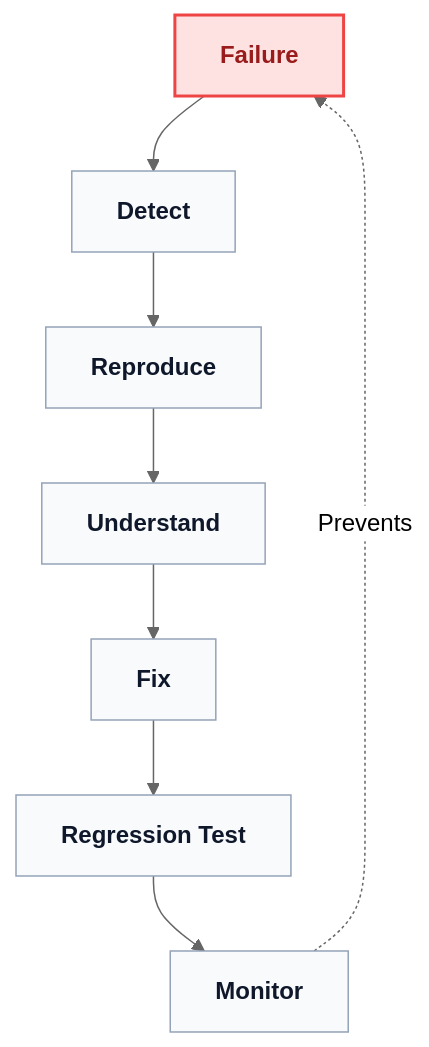
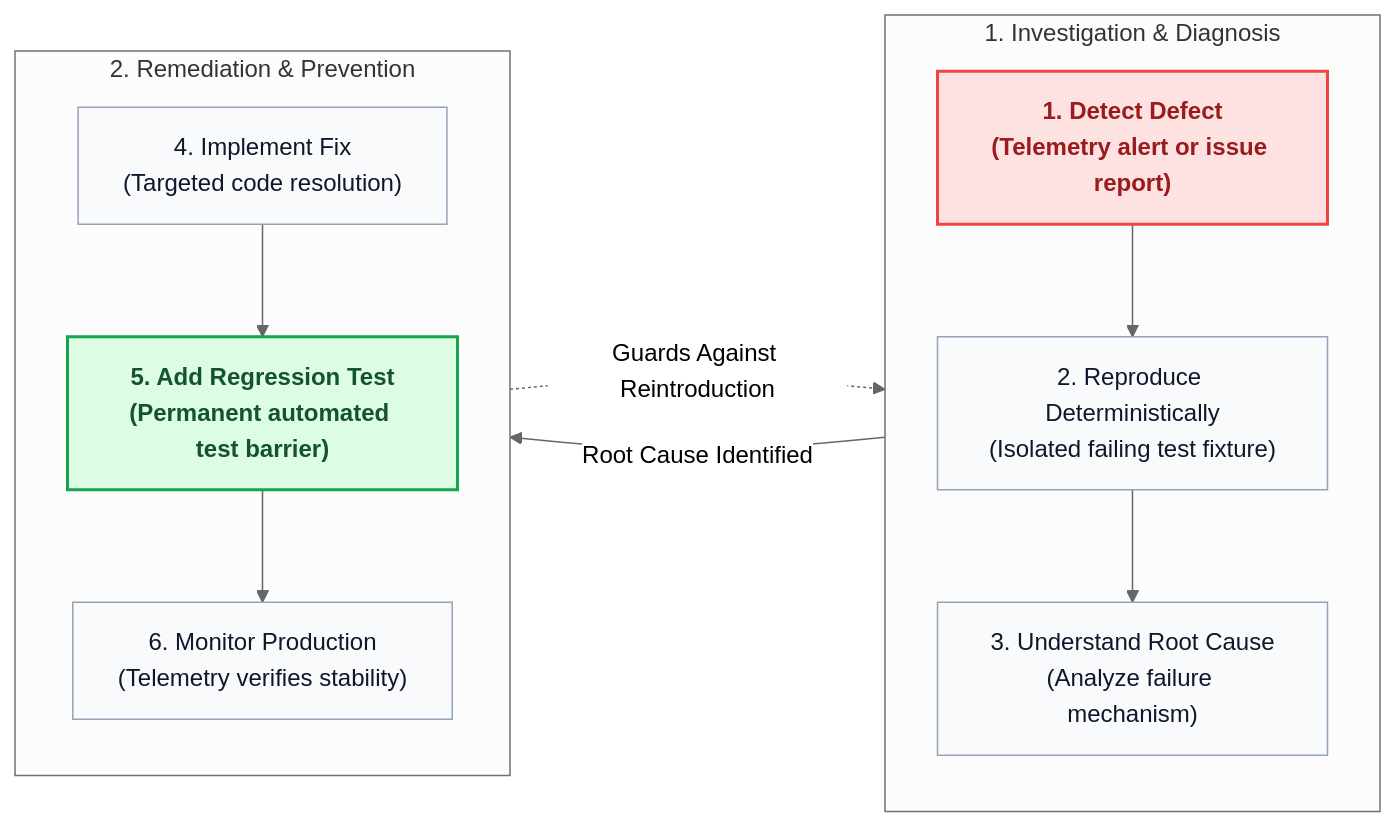
One commit to davidalbertstark-lab/Lenar changed the fourth of 5 diagrams in docs/architecture/12-Testing-Quality.md. Above: the diagram before and after it, drawn with Mermaid (neutral theme). The commit also changed other lines of this file and 28 other files, not shown here.

Commit message:
docs: system-wide diagram redesign for first-instance comprehension

````diff
--- a/docs/architecture/12-Testing-Quality.md
+++ b/docs/architecture/12-Testing-Quality.md
@@ -194,25 +214,25 @@
 ```mermaid
-flowchart TD
-    classDef state fill:#fee2e2,stroke:#ef4444,stroke-width:2px,color:#991b1b,font-weight:bold
-    classDef step fill:#f8fafc,stroke:#94a3b8,stroke-width:1px,color:#0f172a,font-weight:bold
-    classDef loop fill:#eff6ff,stroke:#3b82f6,stroke-width:1px,color:#1e40af,font-style:italic
+flowchart LR
+    classDef default fill:#f8fafc,stroke:#94a3b8,stroke-width:1px,color:#0f172a
+    classDef failure fill:#fee2e2,stroke:#ef4444,stroke-width:2px,color:#991b1b,font-weight:bold
+    classDef guard fill:#dcfce3,stroke:#16a34a,stroke-width:2px,color:#14532d,font-weight:bold
 
-    F[Failure]
-    D[Detect]
-    R[Reproduce]
-    U[Understand]
-    Fix[Fix]
-    RT[Regression Test]
-    M[Monitor]
-    
-    F --> D
-    D --> R
-    R --> U
-    U --> Fix
-    Fix --> RT
-    RT --> M
-    M -.->|Prevents| F
-    
-    class F state;
-    class D,R,U,Fix,RT,M step;
+    subgraph Triage ["1. Investigation & Diagnosis"]
+        direction TB
+        D["1. Detect Defect<br/>(Telemetry alert or issue report)"]:::failure
+        R["2. Reproduce Deterministically<br/>(Isolated failing test fixture)"]
+        U["3. Understand Root Cause<br/>(Analyze failure mechanism)"]
+        D --> R --> U
+    end
+
+    subgraph Resolution ["2. Remediation & Prevention"]
+        direction TB
+        Fix["4. Implement Fix<br/>(Targeted code resolution)"]
+        RT["5. Add Regression Test<br/>(Permanent automated test barrier)"]:::guard
+        M["6. Monitor Production<br/>(Telemetry verifies stability)"]
+        Fix --> RT --> M
+    end
+
+    U -->|"Root Cause Identified"| Fix
+    RT -.->|"Guards Against Reintroduction"| D
 ```
````
